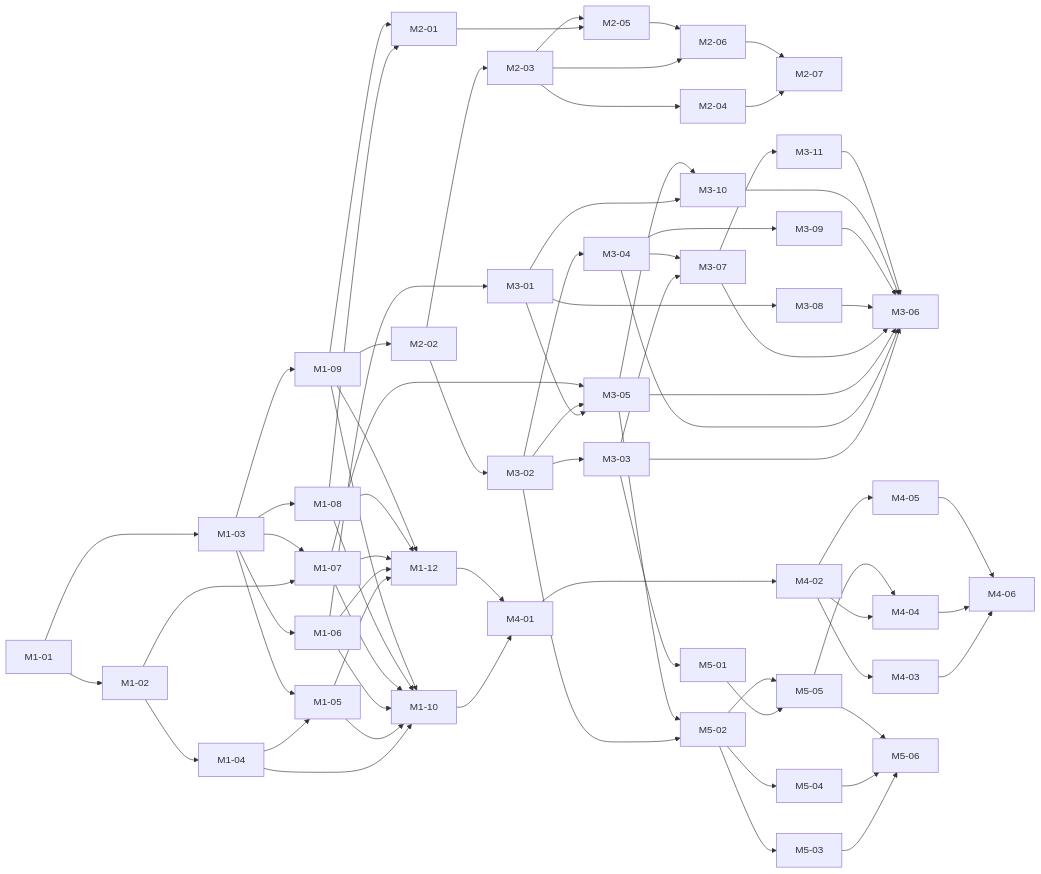
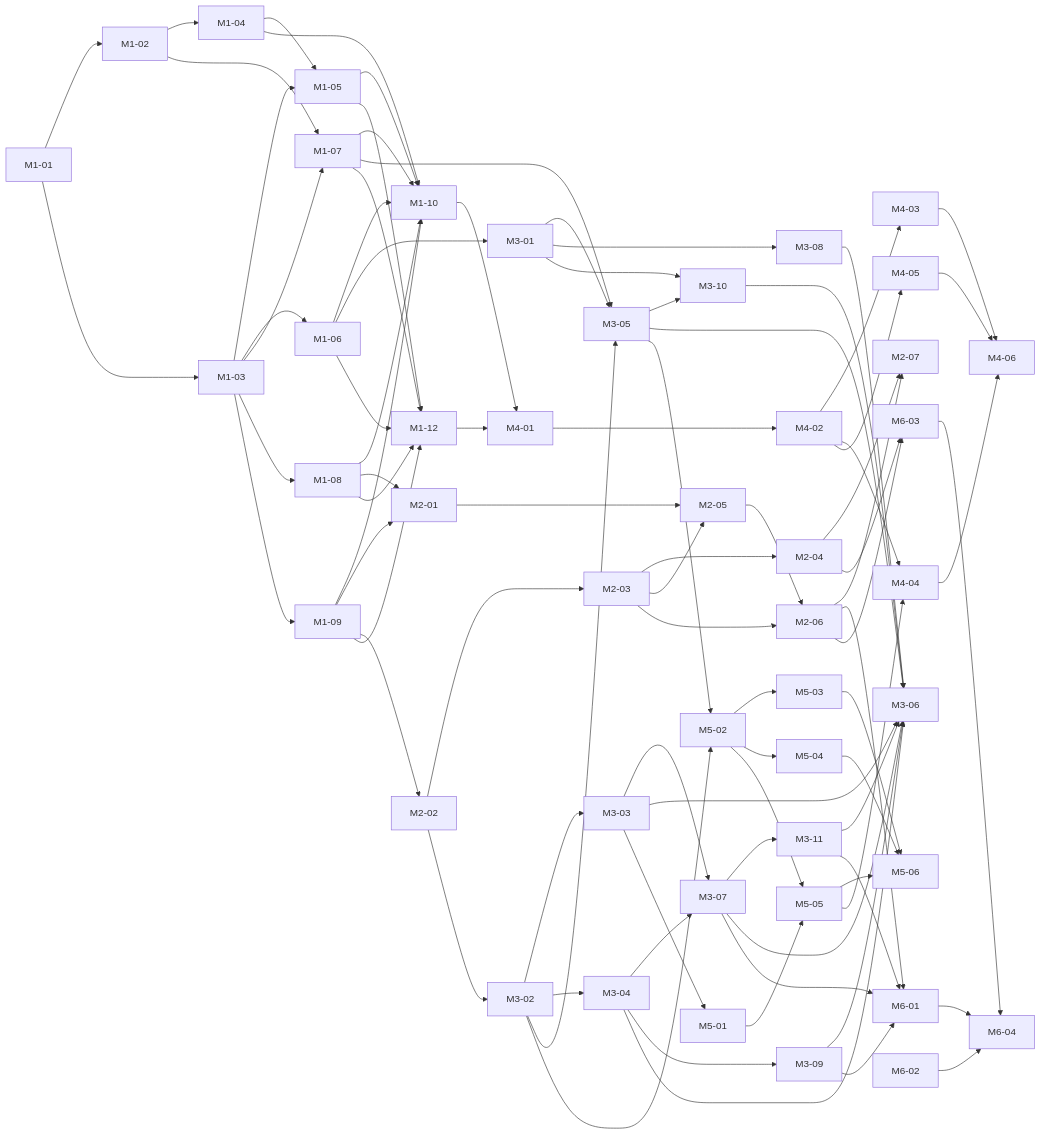
The diagram in docs/ROADMAP.md (Duresa7/app-portal), drawn with Mermaid before and after one commit. The commit also changed other lines of this file and 4 other files, not shown here.

````diff
--- a/docs/ROADMAP.md
+++ b/docs/ROADMAP.md
@@ -106,37 +111,40 @@
 ```mermaid
 graph LR
   M1-01 --> M1-02 --> M1-04 --> M1-05
   M1-01 --> M1-03 --> M1-05
   M1-03 --> M1-06
   M1-02 --> M1-07
   M1-03 --> M1-07
   M1-03 --> M1-08
   M1-03 --> M1-09
   M1-04 & M1-05 & M1-06 & M1-07 & M1-08 & M1-09 --> M1-10
   M1-08 & M1-09 --> M2-01
   M1-09 --> M2-02 --> M2-03 --> M2-04
   M2-01 & M2-03 --> M2-05
   M2-03 & M2-05 --> M2-06
   M2-04 & M2-06 --> M2-07
   M1-06 --> M3-01
   M2-02 --> M3-02 --> M3-03
   M3-02 --> M3-04
   M3-01 & M3-02 & M1-07 --> M3-05
   M3-03 & M3-04 --> M3-07 --> M3-11
   M3-01 --> M3-08
   M3-04 --> M3-09
   M3-01 & M3-05 --> M3-10
   M3-03 & M3-04 & M3-05 & M3-07 & M3-08 & M3-09 & M3-10 & M3-11 --> M3-06
   M1-05 & M1-06 & M1-07 & M1-08 & M1-09 --> M1-12
   M1-10 & M1-12 --> M4-01 --> M4-02 --> M4-03
   M4-02 --> M4-04
   M4-02 --> M4-05
   M4-03 & M4-04 & M4-05 --> M4-06
   M3-03 --> M5-01
   M3-02 & M3-05 --> M5-02
   M5-02 --> M5-03
   M5-02 --> M5-04
   M5-01 & M5-02 --> M5-05
   M5-03 & M5-04 & M5-05 --> M5-06
   M5-05 --> M4-04
+  M2-06 & M3-07 & M3-09 & M3-11 --> M6-01
+  M2-04 & M2-06 --> M6-03
+  M6-01 & M6-02 & M6-03 --> M6-04
 ```
````
